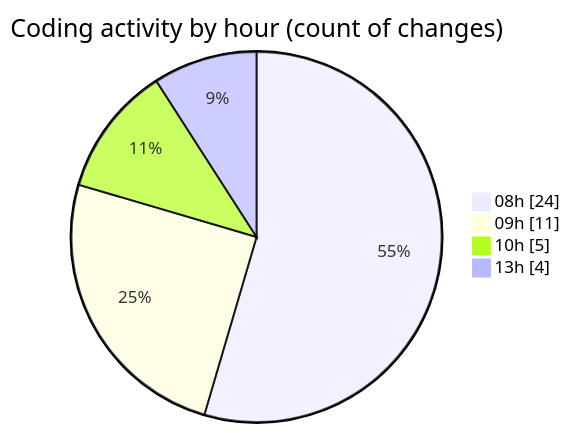
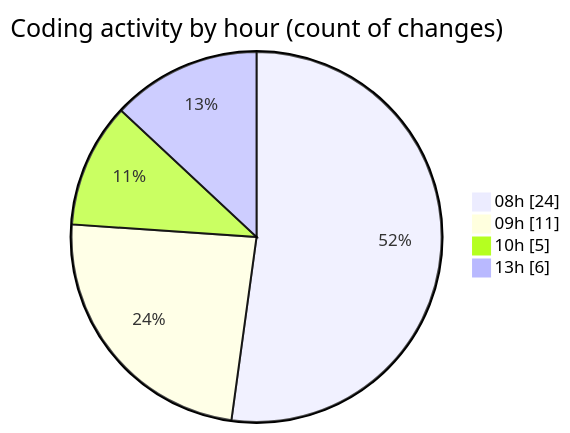
Before and after one commit to Elitesun/code-tracking: the second of 2 diagrams in 2025-05-12/niten/README.md, drawn with Mermaid. The commit also changed other lines of this file and 1 other file, not shown here.

````diff
--- a/2025-05-12/niten/README.md
+++ b/2025-05-12/niten/README.md
@@ -50,8 +52,8 @@
 ```mermaid
 pie showData
 title Coding activity by hour (count of changes)
 "08h" : 24
 "09h" : 11
 "10h" : 5
-"13h" : 4
+"13h" : 6
 ```
````
